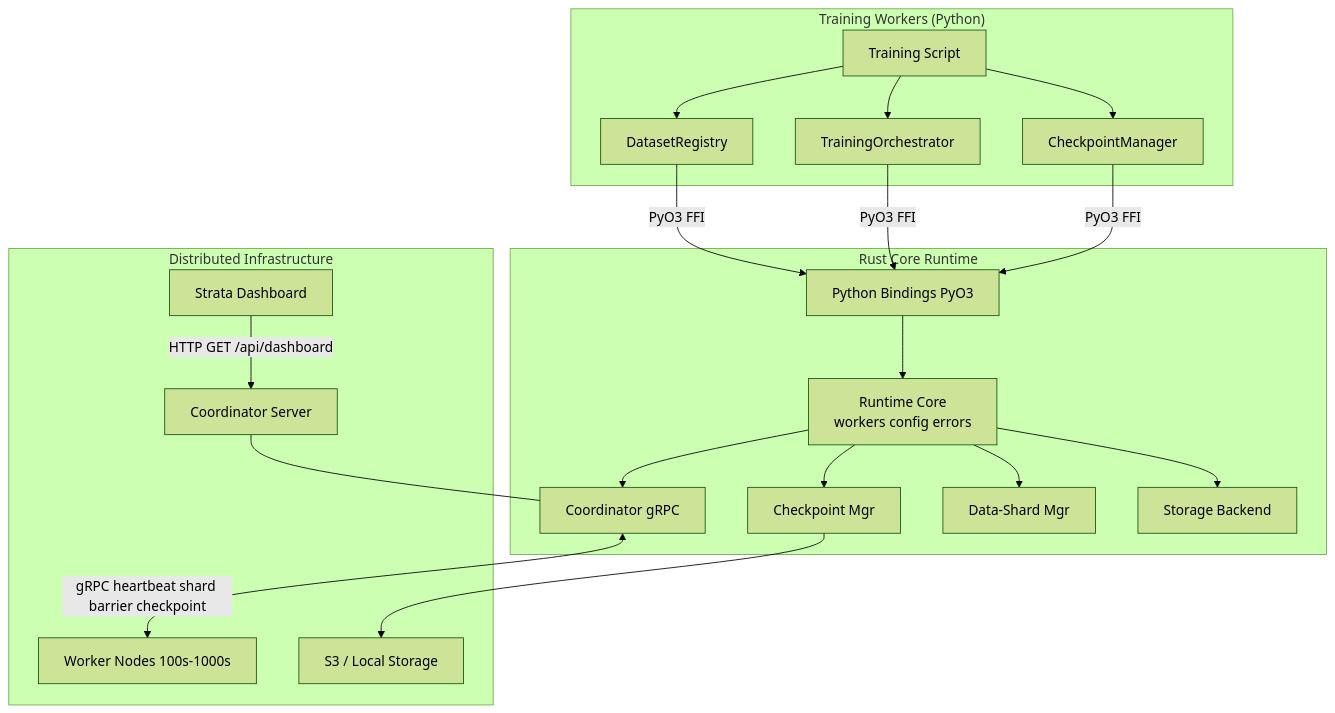
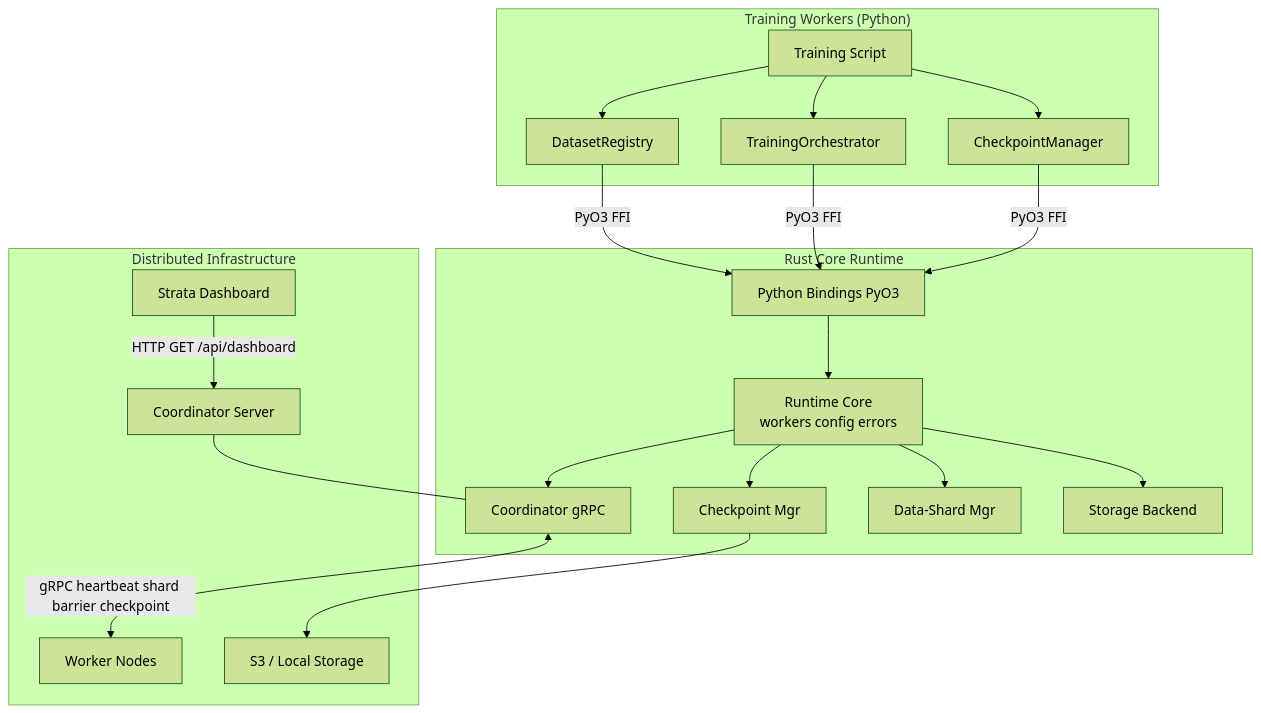
The first of 3 diagrams in docs/ARCHITECTURE.md (syrilj/Strata), drawn with Mermaid (forest theme) before and after one commit. The commit also changed other lines of this file and 1 other file, not shown here.

First line of the commit message:
docs: correct ARCHITECTURE and WALKTHROUGH to match the code

````diff
--- a/docs/ARCHITECTURE.md
+++ b/docs/ARCHITECTURE.md
@@ -8,32 +8,32 @@
 ```mermaid
 flowchart TB
     subgraph Workers["Training Workers (Python)"]
         TS[Training Script]
         DR[DatasetRegistry]
         CK[CheckpointManager]
         ORCH[TrainingOrchestrator]
         TS --> DR & CK & ORCH
     end
     subgraph Core["Rust Core Runtime"]
         PYBIND[Python Bindings PyO3]
         RT[Runtime Core<br/>workers config errors]
         GRPC[Coordinator gRPC]
         CKPT[Checkpoint Mgr]
         SHARD[Data-Shard Mgr]
         STORE[Storage Backend]
     end
     subgraph Infra["Distributed Infrastructure"]
-        NODES[Worker Nodes 100s-1000s]
+        NODES[Worker Nodes]
         COORD[Coordinator Server]
         S3[S3 / Local Storage]
         UI[Strata Dashboard]
     end
     DR & ORCH -->|PyO3 FFI| PYBIND
     CK -->|PyO3 FFI| PYBIND
     PYBIND --> RT
     RT --> GRPC & CKPT & SHARD & STORE
     GRPC <-->|gRPC heartbeat shard barrier checkpoint| NODES
     CKPT --> S3
     COORD --- GRPC
     UI -->|HTTP GET /api/dashboard| COORD
 ```
````
